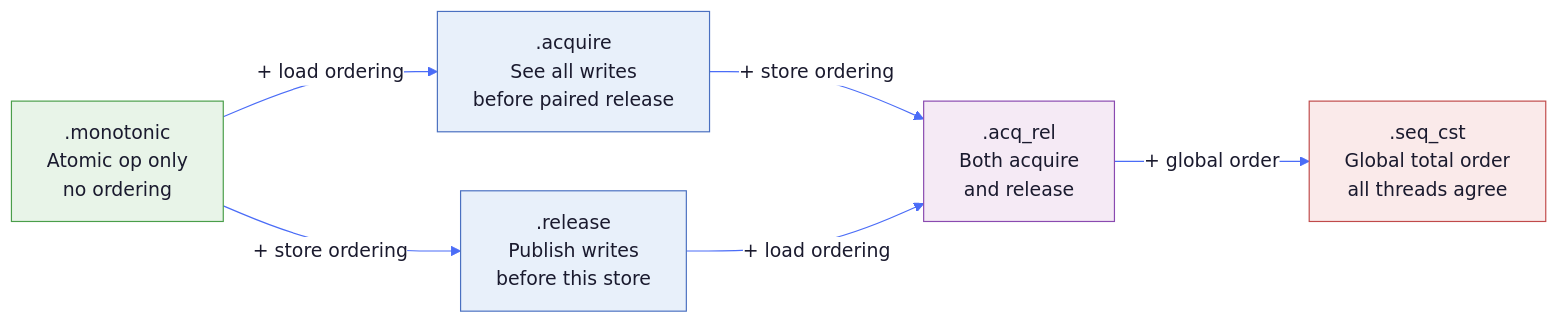
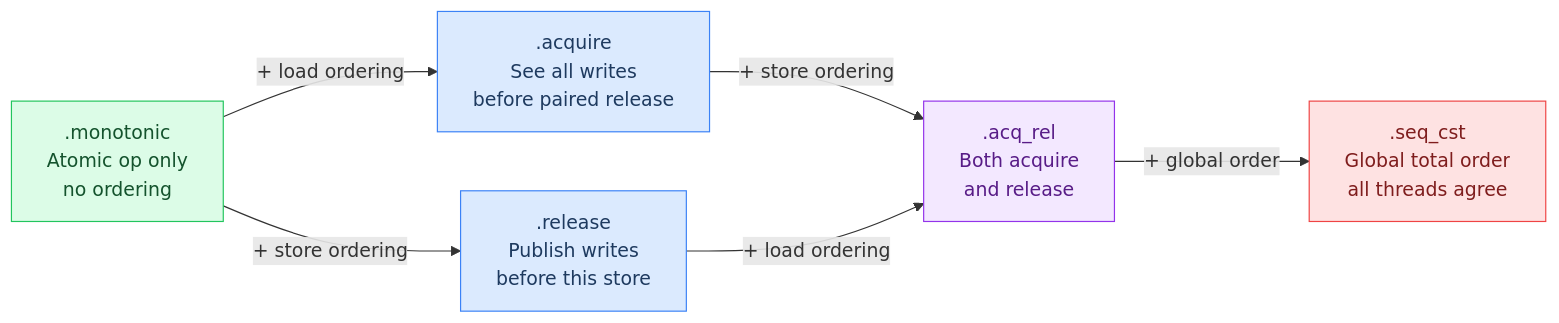
One commit to maci0/agave changed the second of 6 diagrams in docs/tutorial/appendix-atomics.md. Above: the diagram before and after it, drawn with Mermaid. The commit also changed other lines of this file and 24 other files, not shown here.

First line of the commit message:
docs: convert all mermaid diagrams to classDef semantic colors

````diff
--- a/docs/tutorial/appendix-atomics.md
+++ b/docs/tutorial/appendix-atomics.md
@@ -111,34 +111,21 @@
 ```mermaid
-%%{init: {'theme': 'base', 'themeVariables': {
-  'primaryColor': '#e8f0fe',
-  'primaryTextColor': '#1a1a2e',
-  'primaryBorderColor': '#4a6cf7',
-  'lineColor': '#4a6cf7',
-  'secondaryColor': '#f0f4ff',
-  'tertiaryColor': '#f8f9ff',
-  'edgeLabelBackground': '#ffffff',
-  'clusterBkg': '#f0f4ff',
-  'clusterBorder': '#4a6cf7',
-  'titleColor': '#1a1a2e',
-  'nodeTextColor': '#1a1a2e',
-  'fontFamily': 'ui-monospace, SFMono-Regular, monospace'
-}}}%%
 flowchart LR
-    Mon[".monotonic\nAtomic op only\nno ordering"]
-    Acq[".acquire\nSee all writes\nbefore paired release"]
-    Rel[".release\nPublish writes\nbefore this store"]
-    AcqRel[".acq_rel\nBoth acquire\nand release"]
-    Seq[".seq_cst\nGlobal total order\nall threads agree"]
+    classDef setup     fill:#dbeafe,stroke:#3b82f6,color:#1e3a5f
+    classDef sync      fill:#dcfce7,stroke:#22c55e,color:#14532d
+    classDef migration fill:#fef9c3,stroke:#eab308,color:#713f12
+    classDef success   fill:#bbf7d0,stroke:#16a34a,color:#14532d
+    classDef danger    fill:#fee2e2,stroke:#ef4444,color:#7f1d1d
+    classDef optional  fill:#f3e8ff,stroke:#9333ea,color:#581c87
+
+    Mon[".monotonic\nAtomic op only\nno ordering"]:::sync
+    Acq[".acquire\nSee all writes\nbefore paired release"]:::setup
+    Rel[".release\nPublish writes\nbefore this store"]:::setup
+    AcqRel[".acq_rel\nBoth acquire\nand release"]:::optional
+    Seq[".seq_cst\nGlobal total order\nall threads agree"]:::danger
 
     Mon -->|"+ load ordering"| Acq
     Mon -->|"+ store ordering"| Rel
     Acq -->|"+ store ordering"| AcqRel
     Rel -->|"+ load ordering"| AcqRel
     AcqRel -->|"+ global order"| Seq
-
-    style Mon fill:#e8f4e8,stroke:#4a9e4a
-    style Acq fill:#e8f0fa,stroke:#4a70c0
-    style Rel fill:#e8f0fa,stroke:#4a70c0
-    style AcqRel fill:#f5eaf5,stroke:#8a4ab0
-    style Seq fill:#faeaea,stroke:#c04a4a
 ```
````
